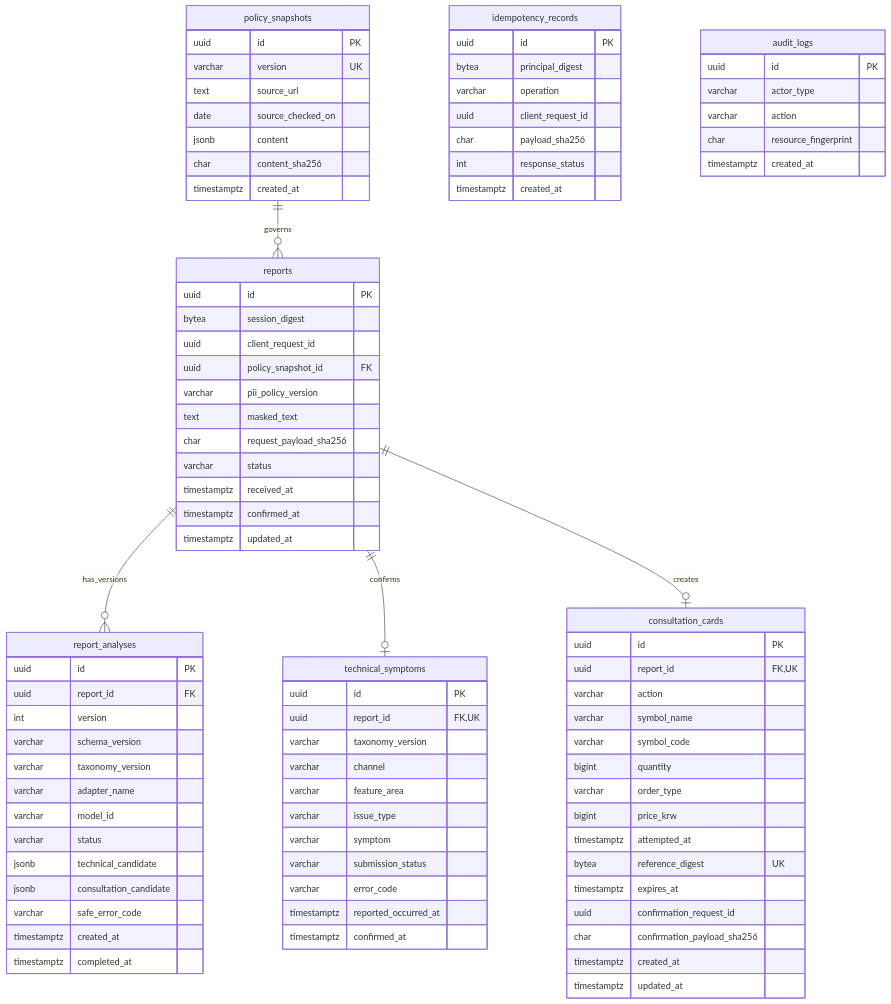
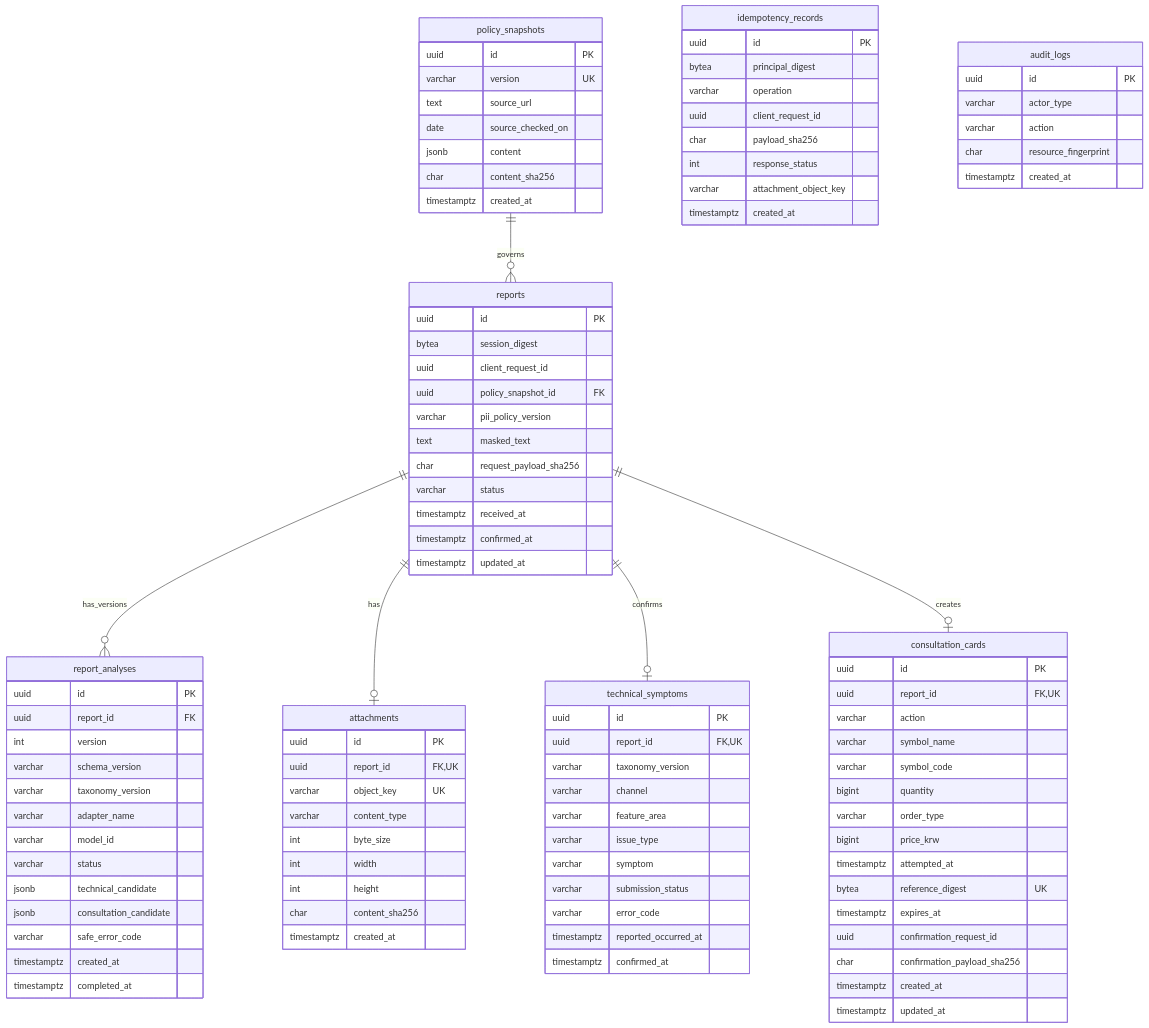
Before and after one commit to AI-Challenge-Git/AI_Challenge: the second of 2 diagrams in backend/docs/erd.md, drawn with Mermaid. The commit also changed other lines of this file and 20 other files, not shown here.

```diff
--- a/backend/docs/erd.md
+++ b/backend/docs/erd.md
@@ -26,6 +26,7 @@
 erDiagram
     policy_snapshots ||--o{ reports : governs
     reports ||--o{ report_analyses : has_versions
+    reports ||--o| attachments : has
     reports ||--o| technical_symptoms : confirms
     reports ||--o| consultation_cards : creates
 
@@ -69,6 +70,18 @@
         timestamptz completed_at
     }
 
+    attachments {
+        uuid id PK
+        uuid report_id FK,UK
+        varchar object_key UK
+        varchar content_type
+        int byte_size
+        int width
+        int height
+        char content_sha256
+        timestamptz created_at
+    }
+
     technical_symptoms {
         uuid id PK
         uuid report_id FK,UK
@@ -108,6 +121,7 @@
         uuid client_request_id
         char payload_sha256
         int response_status
+        varchar attachment_object_key
         timestamptz created_at
     }
 
```
